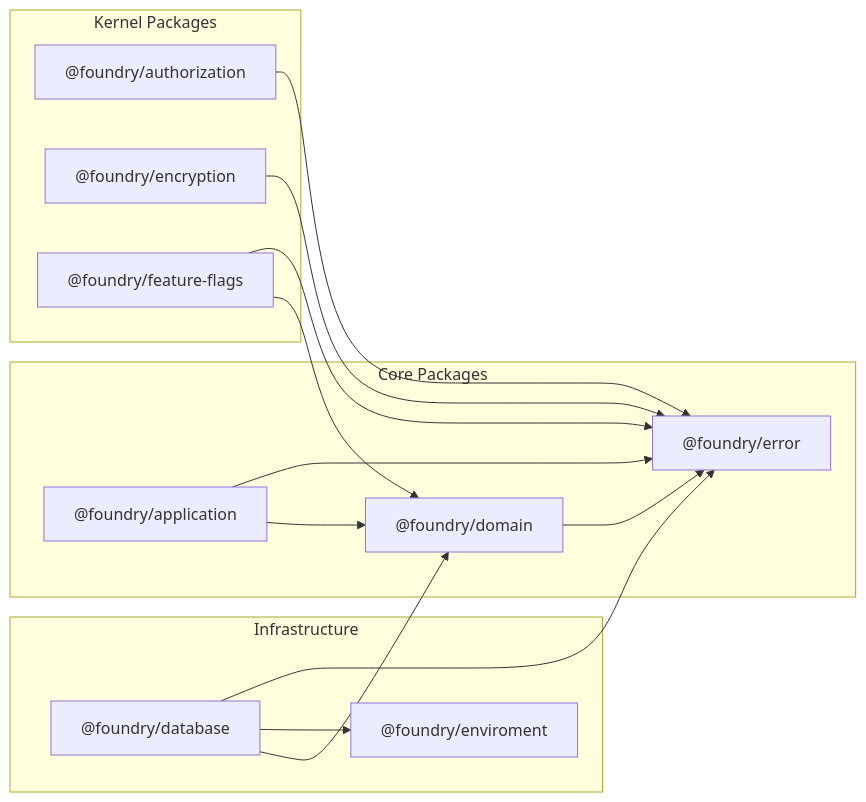
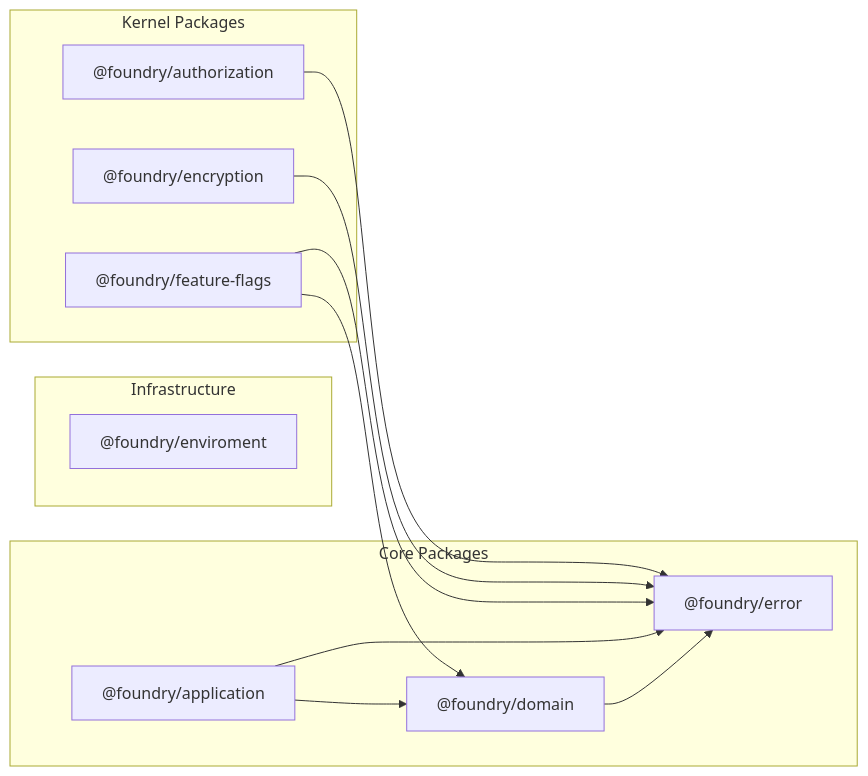
One commit to HigorAlves/EchoModel changed the third of 4 diagrams in docs/architecture/overview.md. Above: the diagram before and after it, drawn with Mermaid. The commit also changed other lines of this file and 11 other files, not shown here.

````diff
--- a/docs/architecture/overview.md
+++ b/docs/architecture/overview.md
@@ -151,33 +151,28 @@
 ```mermaid
 graph LR
     subgraph Core["Core Packages"]
         app["@foundry/application"]
         domain["@foundry/domain"]
         error["@foundry/error"]
     end
 
     subgraph Infrastructure["Infrastructure"]
-        db["@foundry/database"]
         env["@foundry/enviroment"]
     end
 
     subgraph Kernel["Kernel Packages"]
         auth["@foundry/authorization"]
         enc["@foundry/encryption"]
         ff["@foundry/feature-flags"]
     end
 
     app --> domain
     app --> error
     domain --> error
 
-    db --> domain
-    db --> env
-    db --> error
-
     auth --> error
     enc --> error
 
     ff --> domain
     ff --> error
 ```
````
